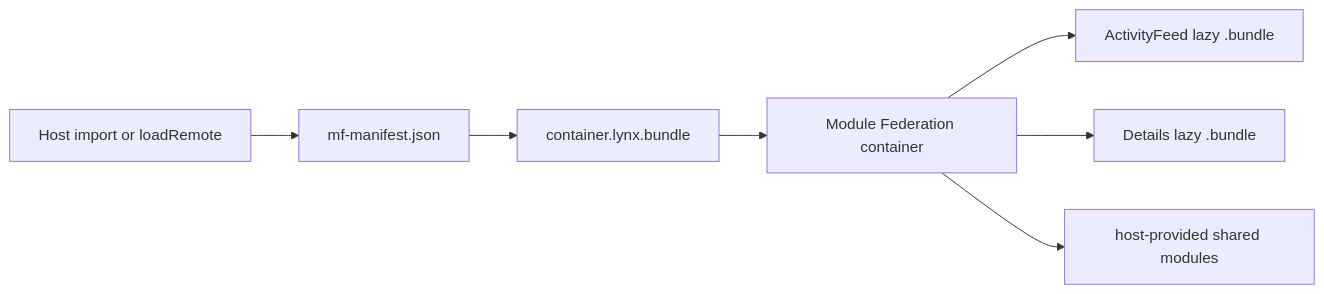
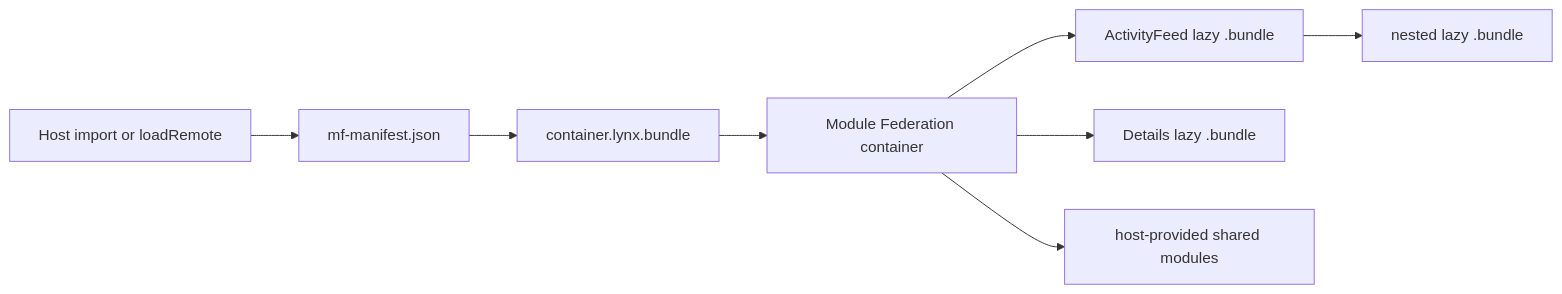
Before and after one commit to module-federation/core: the first of 2 diagrams in packages/lynx/README.md, drawn with Mermaid. The commit also changed other lines of this file and 37 other files, not shown here.

````diff
--- a/packages/lynx/README.md
+++ b/packages/lynx/README.md
@@ -152,9 +157,10 @@
 ```mermaid
 flowchart LR
   H["Host import or loadRemote"] --> M["mf-manifest.json"]
   M --> C["container.lynx.bundle"]
   C --> R["Module Federation container"]
   R --> A["ActivityFeed lazy .bundle"]
+  A --> N["nested lazy .bundle"]
   R --> D["Details lazy .bundle"]
   R --> S["host-provided shared modules"]
 ```
````
